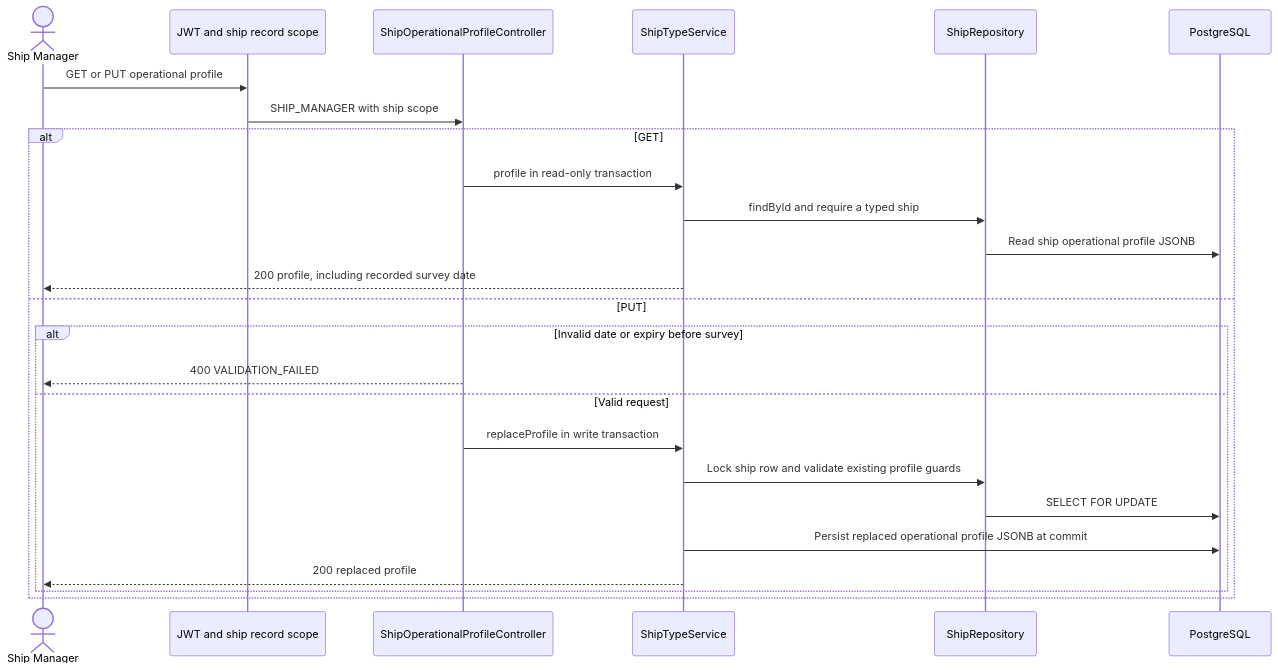
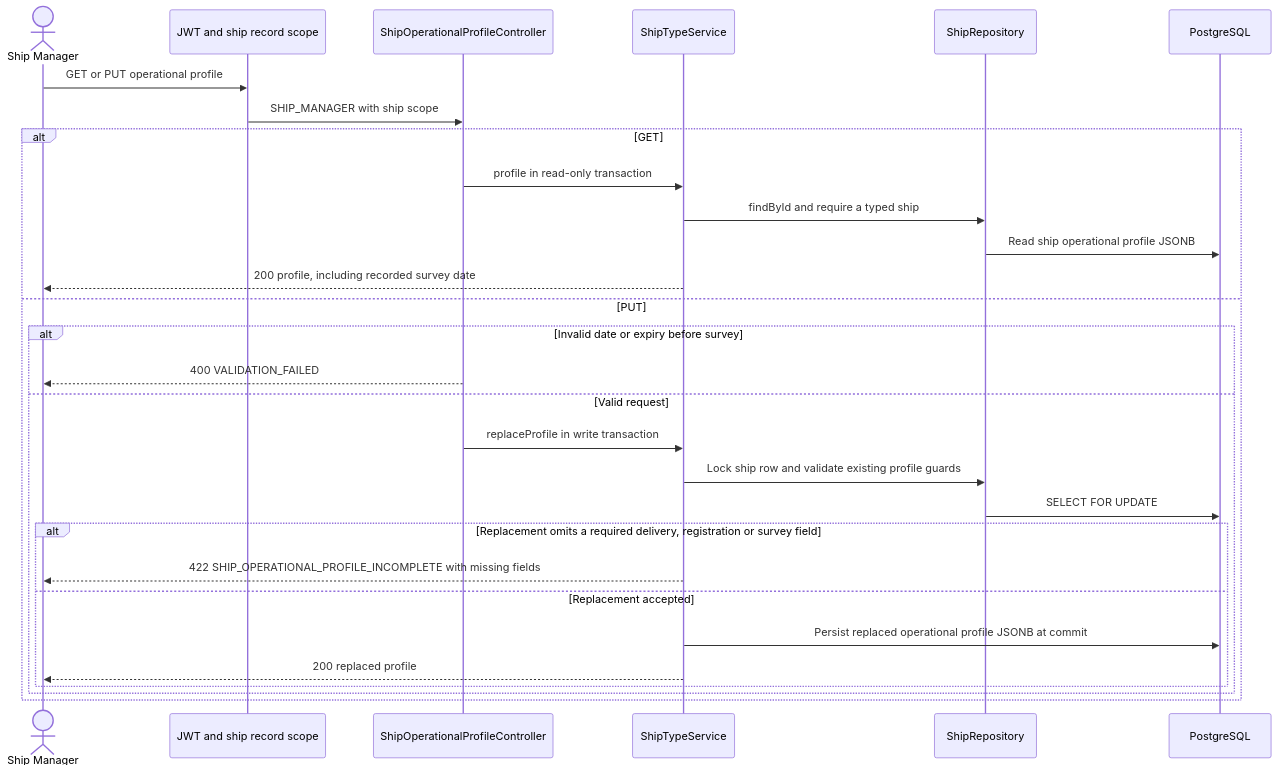
One commit to ShiroSs00/CASMS_Backend changed the third of 3 diagrams in docs/sequence-diagrams/SHIP-TYPE-FLOWS.md. Above: the diagram before and after it, drawn with Mermaid. The commit also changed other lines of this file and 7 other files, not shown here.

Commit message:
Require complete ship profile on update

````diff
--- a/docs/sequence-diagrams/SHIP-TYPE-FLOWS.md
+++ b/docs/sequence-diagrams/SHIP-TYPE-FLOWS.md
@@ -110,27 +110,31 @@
 ```mermaid
 sequenceDiagram
     actor Manager as Ship Manager
     participant Security as JWT and ship record scope
     participant Controller as ShipOperationalProfileController
     participant Service as ShipTypeService
     participant Repo as ShipRepository
     participant DB as PostgreSQL
     Manager->>Security: GET or PUT operational profile
     Security->>Controller: SHIP_MANAGER with ship scope
     alt GET
         Controller->>Service: profile in read-only transaction
         Service->>Repo: findById and require a typed ship
         Repo->>DB: Read ship operational profile JSONB
         Service-->>Manager: 200 profile, including recorded survey date
     else PUT
         alt Invalid date or expiry before survey
             Controller-->>Manager: 400 VALIDATION_FAILED
         else Valid request
             Controller->>Service: replaceProfile in write transaction
             Service->>Repo: Lock ship row and validate existing profile guards
             Repo->>DB: SELECT FOR UPDATE
-            Service->>DB: Persist replaced operational profile JSONB at commit
-            Service-->>Manager: 200 replaced profile
+            alt Replacement omits a required delivery, registration or survey field
+                Service-->>Manager: 422 SHIP_OPERATIONAL_PROFILE_INCOMPLETE with missing fields
+            else Replacement accepted
+                Service->>DB: Persist replaced operational profile JSONB at commit
+                Service-->>Manager: 200 replaced profile
+            end
         end
     end
 ```
````
